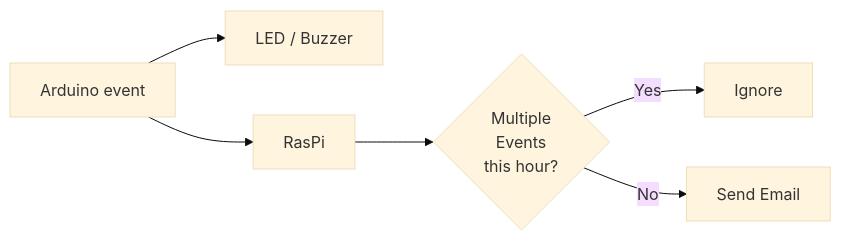
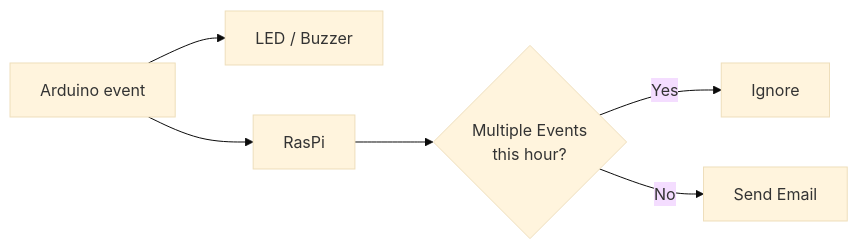
The diagram in README.md (stagethird/multisensor_project), drawn with Mermaid (base theme) before and after one commit.

````diff
--- a/README.md
+++ b/README.md
@@ -28,9 +28,8 @@
 ```mermaid
 flowchart LR
   A[Arduino event] --> B[LED / Buzzer] & C[RasPi]
-  C --> D{"`Multiple
-Events
+  C --> D{"`Multiple Events
 this hour?`"}
   D -->|Yes| E[Ignore]
   D -->|No| F[Send Email]
 ```
````
